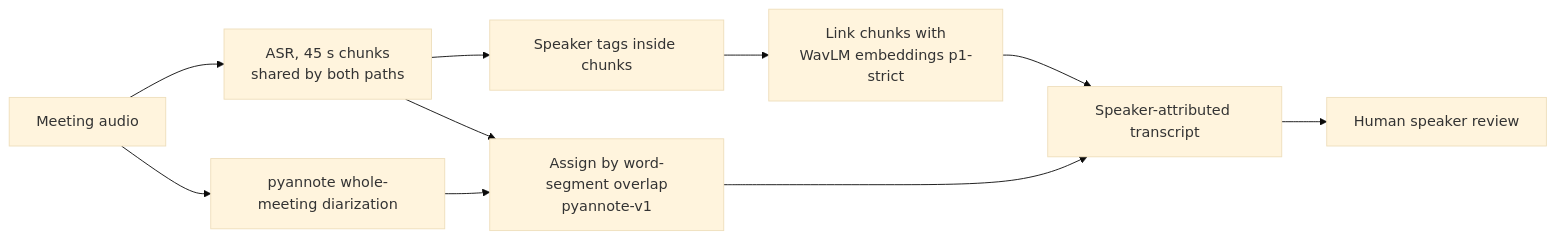
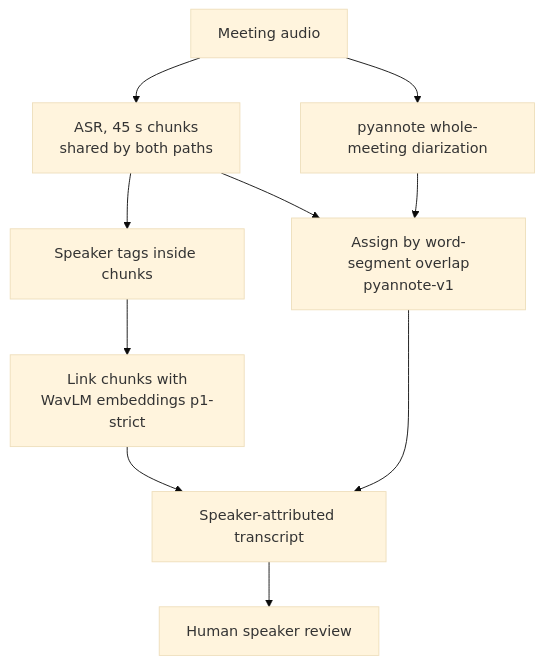
Before and after one commit to ThakiCloud/thakicloud.github.io: the first of 2 diagrams in _posts/en/agentops/2026-11-07-korean-meeting-diarization-pyannote-vs-wavlm.md, drawn with Mermaid (base theme). The commit also changed other lines of this file and 6 other files, not shown here.

````diff
--- a/_posts/en/agentops/2026-11-07-korean-meeting-diarization-pyannote-vs-wavlm.md
+++ b/_posts/en/agentops/2026-11-07-korean-meeting-diarization-pyannote-vs-wavlm.md
@@ -54,12 +58,12 @@
 ```mermaid
-flowchart LR
+flowchart TB
   A[Meeting audio] --> B[ASR, 45 s chunks<br/>shared by both paths]
   B --> C1[Speaker tags inside chunks]
   C1 --> D1[Link chunks with<br/>WavLM embeddings p1-strict]
   A --> C2[pyannote whole-meeting diarization]
   B --> D2[Assign by word-segment overlap<br/>pyannote-v1]
   C2 --> D2
   D1 --> E[Speaker-attributed transcript]
   D2 --> E
   E --> F[Human speaker review]
 ```
````
